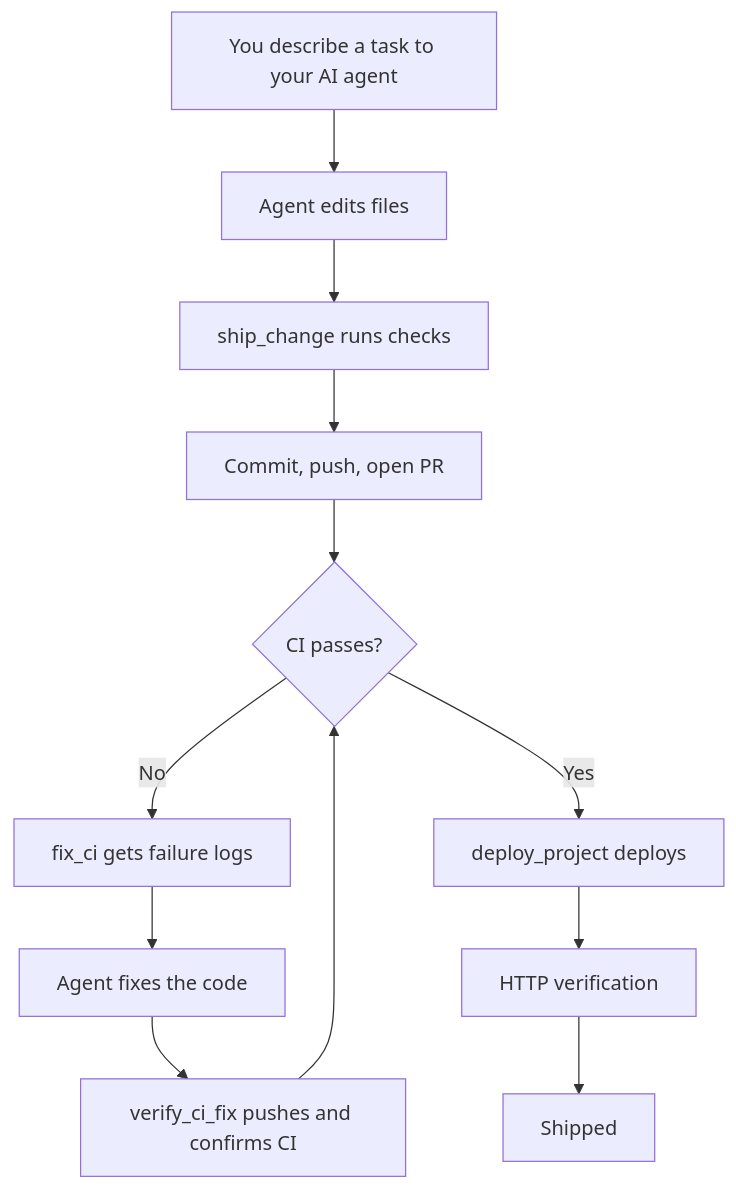
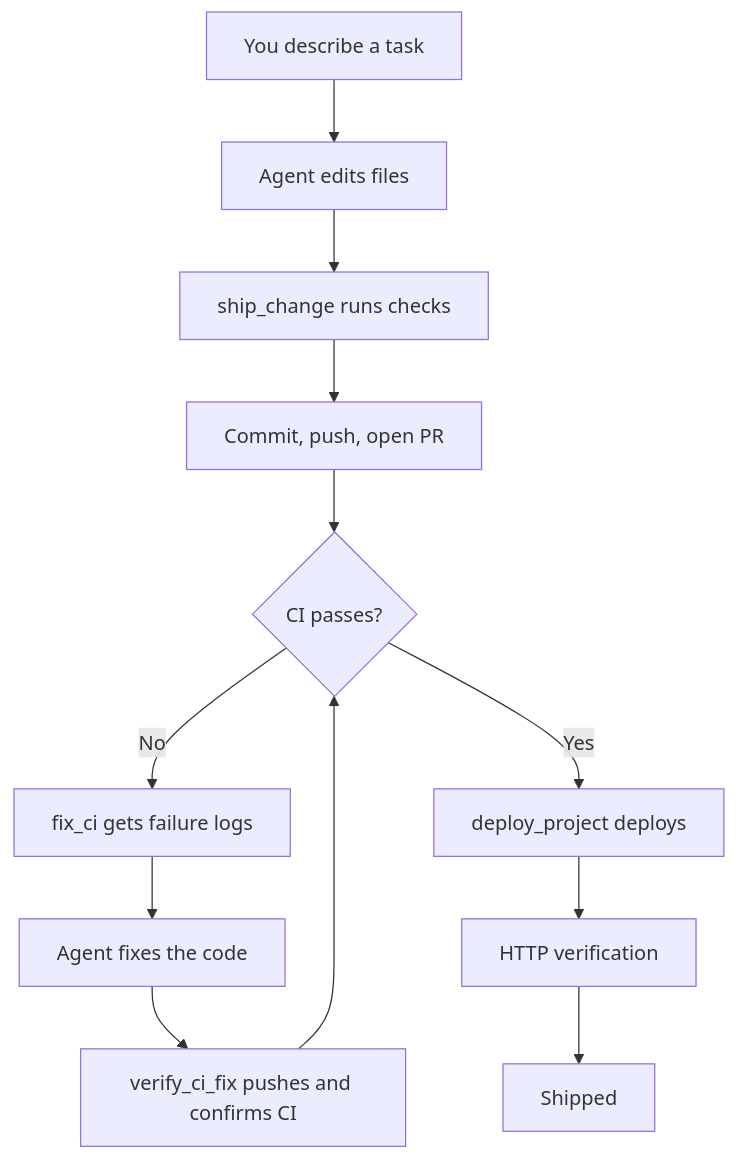
The diagram in README.md (KNIHAL/causly-server), drawn with Mermaid before and after one commit. The commit also changed other lines of this file, not shown here.

````diff
--- a/README.md
+++ b/README.md
@@ -74,14 +133,14 @@
 ```mermaid
 flowchart TD
-    A["You describe a task to your AI agent"] --> B["Agent edits files"]
+    A["You describe a task"] --> B["Agent edits files"]
     B --> C["ship_change runs checks"]
     C --> D["Commit, push, open PR"]
     D --> E{"CI passes?"}
     E -- "No" --> F["fix_ci gets failure logs"]
     F --> G["Agent fixes the code"]
     G --> H["verify_ci_fix pushes and confirms CI"]
     H --> E
     E -- "Yes" --> I["deploy_project deploys"]
     I --> J["HTTP verification"]
     J --> K["Shipped"]
 ```
````
